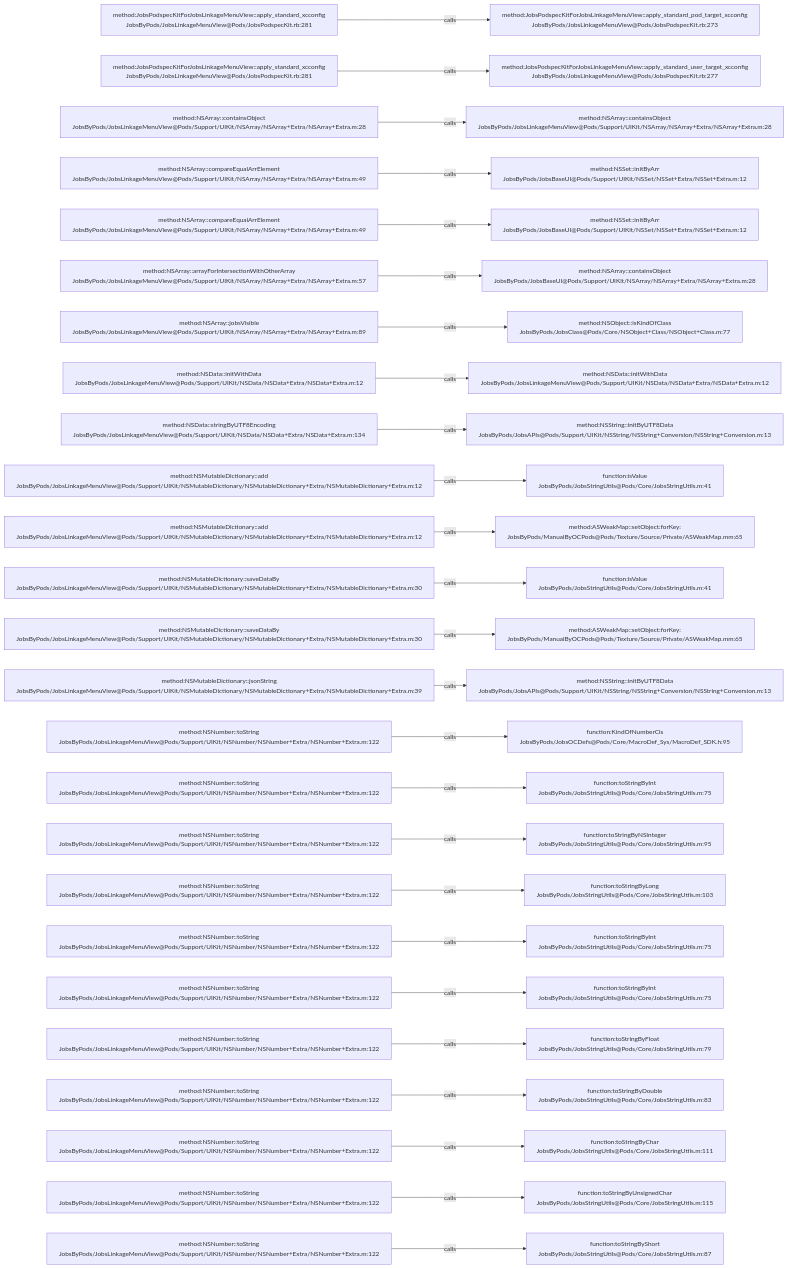
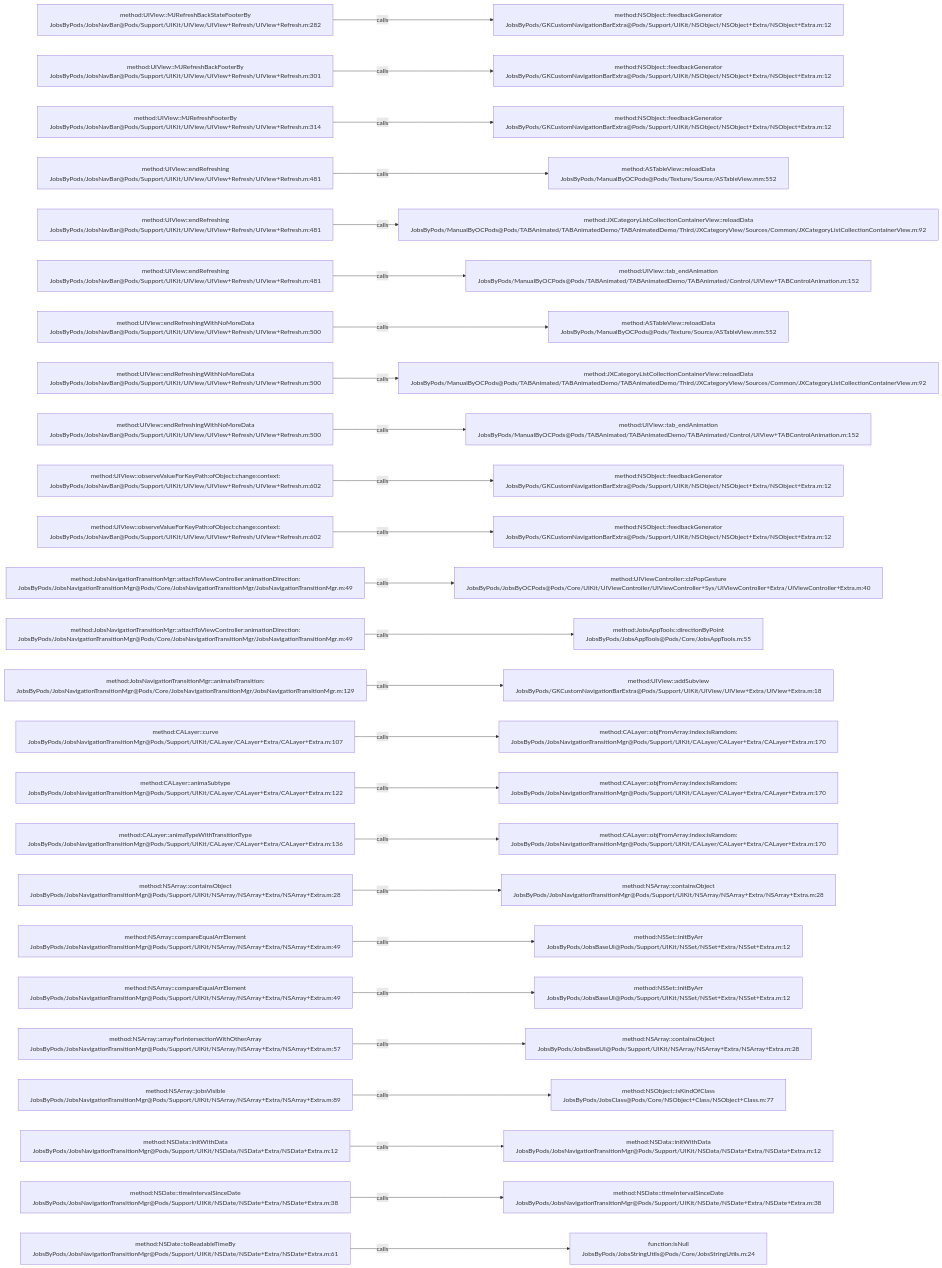
Before and after one commit to JobsKits/JobsOCBaseConfigDemo: the diagram in .codegraph/codegraph.md/graphs/calls-128.md, drawn with Mermaid. The commit also changed 1026 other files, not shown here.

````diff
--- a/.codegraph/codegraph.md/graphs/calls-128.md
+++ b/.codegraph/codegraph.md/graphs/calls-128.md
@@ -13,78 +13,78 @@
 ```mermaid
 flowchart LR
-  S1["method:JobsPodspecKitForJobsLinkageMenuView::apply_standard_xcconfig<br/>JobsByPods/JobsLinkageMenuView@Pods/JobsPodspecKit.rb:281"]
-  T1["method:JobsPodspecKitForJobsLinkageMenuView::apply_standard_pod_target_xcconfig<br/>JobsByPods/JobsLinkageMenuView@Pods/JobsPodspecKit.rb:273"]
+  S1["method:UIView::MJRefreshBackStateFooterBy<br/>JobsByPods/JobsNavBar@Pods/Support/UIKit/UIView/UIView+Refresh/UIView+Refresh.m:282"]
+  T1["method:NSObject::feedbackGenerator<br/>JobsByPods/GKCustomNavigationBarExtra@Pods/Support/UIKit/NSObject/NSObject+Extra/NSObject+Extra.m:12"]
   S1 -->|calls| T1
-  S2["method:JobsPodspecKitForJobsLinkageMenuView::apply_standard_xcconfig<br/>JobsByPods/JobsLinkageMenuView@Pods/JobsPodspecKit.rb:281"]
-  T2["method:JobsPodspecKitForJobsLinkageMenuView::apply_standard_user_target_xcconfig<br/>JobsByPods/JobsLinkageMenuView@Pods/JobsPodspecKit.rb:277"]
+  S2["method:UIView::MJRefreshBackFooterBy<br/>JobsByPods/JobsNavBar@Pods/Support/UIKit/UIView/UIView+Refresh/UIView+Refresh.m:301"]
+  T2["method:NSObject::feedbackGenerator<br/>JobsByPods/GKCustomNavigationBarExtra@Pods/Support/UIKit/NSObject/NSObject+Extra/NSObject+Extra.m:12"]
   S2 -->|calls| T2
-  S3["method:NSArray::containsObject<br/>JobsByPods/JobsLinkageMenuView@Pods/Support/UIKit/NSArray/NSArray+Extra/NSArray+Extra.m:28"]
-  T3["method:NSArray::containsObject<br/>JobsByPods/JobsLinkageMenuView@Pods/Support/UIKit/NSArray/NSArray+Extra/NSArray+Extra.m:28"]
+  S3["method:UIView::MJRefreshFooterBy<br/>JobsByPods/JobsNavBar@Pods/Support/UIKit/UIView/UIView+Refresh/UIView+Refresh.m:314"]
+  T3["method:NSObject::feedbackGenerator<br/>JobsByPods/GKCustomNavigationBarExtra@Pods/Support/UIKit/NSObject/NSObject+Extra/NSObject+Extra.m:12"]
   S3 -->|calls| T3
-  S4["method:NSArray::compareEqualArrElement<br/>JobsByPods/JobsLinkageMenuView@Pods/Support/UIKit/NSArray/NSArray+Extra/NSArray+Extra.m:49"]
-  T4["method:NSSet::initByArr<br/>JobsByPods/JobsBaseUI@Pods/Support/UIKit/NSSet/NSSet+Extra/NSSet+Extra.m:12"]
+  S4["method:UIView::endRefreshing<br/>JobsByPods/JobsNavBar@Pods/Support/UIKit/UIView/UIView+Refresh/UIView+Refresh.m:481"]
+  T4["method:ASTableView::reloadData<br/>JobsByPods/ManualByOCPods@Pods/Texture/Source/ASTableView.mm:552"]
   S4 -->|calls| T4
-  S5["method:NSArray::compareEqualArrElement<br/>JobsByPods/JobsLinkageMenuView@Pods/Support/UIKit/NSArray/NSArray+Extra/NSArray+Extra.m:49"]
-  T5["method:NSSet::initByArr<br/>JobsByPods/JobsBaseUI@Pods/Support/UIKit/NSSet/NSSet+Extra/NSSet+Extra.m:12"]
+  S5["method:UIView::endRefreshing<br/>JobsByPods/JobsNavBar@Pods/Support/UIKit/UIView/UIView+Refresh/UIView+Refresh.m:481"]
+  T5["method:JXCategoryListCollectionContainerView::reloadData<br/>JobsByPods/ManualByOCPods@Pods/TABAnimated/TABAnimatedDemo/TABAnimatedDemo/Third/JXCategoryView/Sources/Common/JXCategoryListCollectionContainerView.m:92"]
   S5 -->|calls| T5
-  S6["method:NSArray::arrayForIntersectionWithOtherArray<br/>JobsByPods/JobsLinkageMenuView@Pods/Support/UIKit/NSArray/NSArray+Extra/NSArray+Extra.m:57"]
-  T6["method:NSArray::containsObject<br/>JobsByPods/JobsBaseUI@Pods/Support/UIKit/NSArray/NSArray+Extra/NSArray+Extra.m:28"]
+  S6["method:UIView::endRefreshing<br/>JobsByPods/JobsNavBar@Pods/Support/UIKit/UIView/UIView+Refresh/UIView+Refresh.m:481"]
+  T6["method:UIView::tab_endAnimation<br/>JobsByPods/ManualByOCPods@Pods/TABAnimated/TABAnimatedDemo/TABAnimated/Control/UIView+TABControlAnimation.m:152"]
   S6 -->|calls| T6
-  S7["method:NSArray::jobsVisible<br/>JobsByPods/JobsLinkageMenuView@Pods/Support/UIKit/NSArray/NSArray+Extra/NSArray+Extra.m:89"]
-  T7["method:NSObject::isKindOfClass<br/>JobsByPods/JobsClass@Pods/Core/NSObject+Class/NSObject+Class.m:77"]
+  S7["method:UIView::endRefreshingWithNoMoreData<br/>JobsByPods/JobsNavBar@Pods/Support/UIKit/UIView/UIView+Refresh/UIView+Refresh.m:500"]
+  T7["method:ASTableView::reloadData<br/>JobsByPods/ManualByOCPods@Pods/Texture/Source/ASTableView.mm:552"]
   S7 -->|calls| T7
-  S8["method:NSData::initWithData<br/>JobsByPods/JobsLinkageMenuView@Pods/Support/UIKit/NSData/NSData+Extra/NSData+Extra.m:12"]
-  T8["method:NSData::initWithData<br/>JobsByPods/JobsLinkageMenuView@Pods/Support/UIKit/NSData/NSData+Extra/NSData+Extra.m:12"]
+  S8["method:UIView::endRefreshingWithNoMoreData<br/>JobsByPods/JobsNavBar@Pods/Support/UIKit/UIView/UIView+Refresh/UIView+Refresh.m:500"]
+  T8["method:JXCategoryListCollectionContainerView::reloadData<br/>JobsByPods/ManualByOCPods@Pods/TABAnimated/TABAnimatedDemo/TABAnimatedDemo/Third/JXCategoryView/Sources/Common/JXCategoryListCollectionContainerView.m:92"]
   S8 -->|calls| T8
-  S9["method:NSData::stringByUTF8Encoding<br/>JobsByPods/JobsLinkageMenuView@Pods/Support/UIKit/NSData/NSData+Extra/NSData+Extra.m:134"]
-  T9["method:NSString::initByUTF8Data<br/>JobsByPods/JobsAPIs@Pods/Support/UIKit/NSString/NSString+Conversion/NSString+Conversion.m:13"]
+  S9["method:UIView::endRefreshingWithNoMoreData<br/>JobsByPods/JobsNavBar@Pods/Support/UIKit/UIView/UIView+Refresh/UIView+Refresh.m:500"]
+  T9["method:UIView::tab_endAnimation<br/>JobsByPods/ManualByOCPods@Pods/TABAnimated/TABAnimatedDemo/TABAnimated/Control/UIView+TABControlAnimation.m:152"]
   S9 -->|calls| T9
-  S10["method:NSMutableDictionary::add<br/>JobsByPods/JobsLinkageMenuView@Pods/Support/UIKit/NSMutableDictionary/NSMutableDictionary+Extra/NSMutableDictionary+Extra.m:12"]
-  T10["function:isValue<br/>JobsByPods/JobsStringUtils@Pods/Core/JobsStringUtils.m:41"]
+  S10["method:UIView::observeValueForKeyPath:ofObject:change:context:<br/>JobsByPods/JobsNavBar@Pods/Support/UIKit/UIView/UIView+Refresh/UIView+Refresh.m:602"]
+  T10["method:NSObject::feedbackGenerator<br/>JobsByPods/GKCustomNavigationBarExtra@Pods/Support/UIKit/NSObject/NSObject+Extra/NSObject+Extra.m:12"]
   S10 -->|calls| T10
-  S11["method:NSMutableDictionary::add<br/>JobsByPods/JobsLinkageMenuView@Pods/Support/UIKit/NSMutableDictionary/NSMutableDictionary+Extra/NSMutableDictionary+Extra.m:12"]
-  T11["method:ASWeakMap::setObject:forKey:<br/>JobsByPods/ManualByOCPods@Pods/Texture/Source/Private/ASWeakMap.mm:65"]
+  S11["method:UIView::observeValueForKeyPath:ofObject:change:context:<br/>JobsByPods/JobsNavBar@Pods/Support/UIKit/UIView/UIView+Refresh/UIView+Refresh.m:602"]
+  T11["method:NSObject::feedbackGenerator<br/>JobsByPods/GKCustomNavigationBarExtra@Pods/Support/UIKit/NSObject/NSObject+Extra/NSObject+Extra.m:12"]
   S11 -->|calls| T11
-  S12["method:NSMutableDictionary::saveDataBy<br/>JobsByPods/JobsLinkageMenuView@Pods/Support/UIKit/NSMutableDictionary/NSMutableDictionary+Extra/NSMutableDictionary+Extra.m:30"]
-  T12["function:isValue<br/>JobsByPods/JobsStringUtils@Pods/Core/JobsStringUtils.m:41"]
+  S12["method:JobsNavigationTransitionMgr::attachToViewController:animationDirection:<br/>JobsByPods/JobsNavigationTransitionMgr@Pods/Core/JobsNavigationTransitionMgr/JobsNavigationTransitionMgr.m:49"]
+  T12["method:UIViewController::clzPopGesture<br/>JobsByPods/JobsByOCPods@Pods/Core/UIKit/UIViewController/UIViewController+Sys/UIViewController+Extra/UIViewController+Extra.m:40"]
   S12 -->|calls| T12
-  S13["method:NSMutableDictionary::saveDataBy<br/>JobsByPods/JobsLinkageMenuView@Pods/Support/UIKit/NSMutableDictionary/NSMutableDictionary+Extra/NSMutableDictionary+Extra.m:30"]
-  T13["method:ASWeakMap::setObject:forKey:<br/>JobsByPods/ManualByOCPods@Pods/Texture/Source/Private/ASWeakMap.mm:65"]
+  S13["method:JobsNavigationTransitionMgr::attachToViewController:animationDirection:<br/>JobsByPods/JobsNavigationTransitionMgr@Pods/Core/JobsNavigationTransitionMgr/JobsNavigationTransitionMgr.m:49"]
+  T13["method:JobsAppTools::directionByPoint<br/>JobsByPods/JobsAppTools@Pods/Core/JobsAppTools.m:55"]
   S13 -->|calls| T13
-  S14["method:NSMutableDictionary::jsonString<br/>JobsByPods/JobsLinkageMenuView@Pods/Support/UIKit/NSMutableDictionary/NSMutableDictionary+Extra/NSMutableDictionary+Extra.m:39"]
-  T14["method:NSString::initByUTF8Data<br/>JobsByPods/JobsAPIs@Pods/Support/UIKit/NSString/NSString+Conversion/NSString+Conversion.m:13"]
+  S14["method:JobsNavigationTransitionMgr::animateTransition:<br/>JobsByPods/JobsNavigationTransitionMgr@Pods/Core/JobsNavigationTransitionMgr/JobsNavigationTransitionMgr.m:129"]
+  T14["method:UIView::addSubview<br/>JobsByPods/GKCustomNavigationBarExtra@Pods/Support/UIKit/UIView/UIView+Extra/UIView+Extra.m:18"]
   S14 -->|calls| T14
-  S15["method:NSNumber::toString<br/>JobsByPods/JobsLinkageMenuView@Pods/Support/UIKit/NSNumber/NSNumber+Extra/NSNumber+Extra.m:122"]
-  T15["function:KindOfNumberCls<br/>JobsByPods/JobsOCDefs@Pods/Core/MacroDef_Sys/MacroDef_SDK.h:95"]
+  S15["method:CALayer::curve<br/>JobsByPods/JobsNavigationTransitionMgr@Pods/Support/UIKit/CALayer/CALayer+Extra/CALayer+Extra.m:107"]
+  T15["method:CALayer::objFromArray:index:isRamdom:<br/>JobsByPods/JobsNavigationTransitionMgr@Pods/Support/UIKit/CALayer/CALayer+Extra/CALayer+Extra.m:170"]
   S15 -->|calls| T15
-  S16["method:NSNumber::toString<br/>JobsByPods/JobsLinkageMenuView@Pods/Support/UIKit/NSNumber/NSNumber+Extra/NSNumber+Extra.m:122"]
-  T16["function:toStringByInt<br/>JobsByPods/JobsStringUtils@Pods/Core/JobsStringUtils.m:75"]
+  S16["method:CALayer::animaSubtype<br/>JobsByPods/JobsNavigationTransitionMgr@Pods/Support/UIKit/CALayer/CALayer+Extra/CALayer+Extra.m:122"]
+  T16["method:CALayer::objFromArray:index:isRamdom:<br/>JobsByPods/JobsNavigationTransitionMgr@Pods/Support/UIKit/CALayer/CALayer+Extra/CALayer+Extra.m:170"]
   S16 -->|calls| T16
-  S17["method:NSNumber::toString<br/>JobsByPods/JobsLinkageMenuView@Pods/Support/UIKit/NSNumber/NSNumber+Extra/NSNumber+Extra.m:122"]
-  T17["function:toStringByNSInteger<br/>JobsByPods/JobsStringUtils@Pods/Core/JobsStringUtils.m:95"]
+  S17["method:CALayer::animaTypeWithTransitionType<br/>JobsByPods/JobsNavigationTransitionMgr@Pods/Support/UIKit/CALayer/CALayer+Extra/CALayer+Extra.m:136"]
+  T17["method:CALayer::objFromArray:index:isRamdom:<br/>JobsByPods/JobsNavigationTransitionMgr@Pods/Support/UIKit/CALayer/CALayer+Extra/CALayer+Extra.m:170"]
   S17 -->|calls| T17
-  S18["method:NSNumber::toString<br/>JobsByPods/JobsLinkageMenuView@Pods/Support/UIKit/NSNumber/NSNumber+Extra/NSNumber+Extra.m:122"]
-  T18["function:toStringByLong<br/>JobsByPods/JobsStringUtils@Pods/Core/JobsStringUtils.m:103"]
+  S18["method:NSArray::containsObject<br/>JobsByPods/JobsNavigationTransitionMgr@Pods/Support/UIKit/NSArray/NSArray+Extra/NSArray+Extra.m:28"]
+  T18["method:NSArray::containsObject<br/>JobsByPods/JobsNavigationTransitionMgr@Pods/Support/UIKit/NSArray/NSArray+Extra/NSArray+Extra.m:28"]
   S18 -->|calls| T18
-  S19["method:NSNumber::toString<br/>JobsByPods/JobsLinkageMenuView@Pods/Support/UIKit/NSNumber/NSNumber+Extra/NSNumber+Extra.m:122"]
-  T19["function:toStringByInt<br/>JobsByPods/JobsStringUtils@Pods/Core/JobsStringUtils.m:75"]
+  S19["method:NSArray::compareEqualArrElement<br/>JobsByPods/JobsNavigationTransitionMgr@Pods/Support/UIKit/NSArray/NSArray+Extra/NSArray+Extra.m:49"]
+  T19["method:NSSet::initByArr<br/>JobsByPods/JobsBaseUI@Pods/Support/UIKit/NSSet/NSSet+Extra/NSSet+Extra.m:12"]
   S19 -->|calls| T19
-  S20["method:NSNumber::toString<br/>JobsByPods/JobsLinkageMenuView@Pods/Support/UIKit/NSNumber/NSNumber+Extra/NSNumber+Extra.m:122"]
-  T20["function:toStringByInt<br/>JobsByPods/JobsStringUtils@Pods/Core/JobsStringUtils.m:75"]
+  S20["method:NSArray::compareEqualArrElement<br/>JobsByPods/JobsNavigationTransitionMgr@Pods/Support/UIKit/NSArray/NSArray+Extra/NSArray+Extra.m:49"]
+  T20["method:NSSet::initByArr<br/>JobsByPods/JobsBaseUI@Pods/Support/UIKit/NSSet/NSSet+Extra/NSSet+Extra.m:12"]
   S20 -->|calls| T20
-  S21["method:NSNumber::toString<br/>JobsByPods/JobsLinkageMenuView@Pods/Support/UIKit/NSNumber/NSNumber+Extra/NSNumber+Extra.m:122"]
-  T21["function:toStringByFloat<br/>JobsByPods/JobsStringUtils@Pods/Core/JobsStringUtils.m:79"]
+  S21["method:NSArray::arrayForIntersectionWithOtherArray<br/>JobsByPods/JobsNavigationTransitionMgr@Pods/Support/UIKit/NSArray/NSArray+Extra/NSArray+Extra.m:57"]
+  T21["method:NSArray::containsObject<br/>JobsByPods/JobsBaseUI@Pods/Support/UIKit/NSArray/NSArray+Extra/NSArray+Extra.m:28"]
   S21 -->|calls| T21
-  S22["method:NSNumber::toString<br/>JobsByPods/JobsLinkageMenuView@Pods/Support/UIKit/NSNumber/NSNumber+Extra/NSNumber+Extra.m:122"]
-  T22["function:toStringByDouble<br/>JobsByPods/JobsStringUtils@Pods/Core/JobsStringUtils.m:83"]
+  S22["method:NSArray::jobsVisible<br/>JobsByPods/JobsNavigationTransitionMgr@Pods/Support/UIKit/NSArray/NSArray+Extra/NSArray+Extra.m:89"]
+  T22["method:NSObject::isKindOfClass<br/>JobsByPods/JobsClass@Pods/Core/NSObject+Class/NSObject+Class.m:77"]
   S22 -->|calls| T22
-  S23["method:NSNumber::toString<br/>JobsByPods/JobsLinkageMenuView@Pods/Support/UIKit/NSNumber/NSNumber+Extra/NSNumber+Extra.m:122"]
-  T23["function:toStringByChar<br/>JobsByPods/JobsStringUtils@Pods/Core/JobsStringUtils.m:111"]
+  S23["method:NSData::initWithData<br/>JobsByPods/JobsNavigationTransitionMgr@Pods/Support/UIKit/NSData/NSData+Extra/NSData+Extra.m:12"]
+  T23["method:NSData::initWithData<br/>JobsByPods/JobsNavigationTransitionMgr@Pods/Support/UIKit/NSData/NSData+Extra/NSData+Extra.m:12"]
   S23 -->|calls| T23
-  S24["method:NSNumber::toString<br/>JobsByPods/JobsLinkageMenuView@Pods/Support/UIKit/NSNumber/NSNumber+Extra/NSNumber+Extra.m:122"]
-  T24["function:toStringByUnsignedChar<br/>JobsByPods/JobsStringUtils@Pods/Core/JobsStringUtils.m:115"]
+  S24["method:NSDate::timeIntervalSinceDate<br/>JobsByPods/JobsNavigationTransitionMgr@Pods/Support/UIKit/NSDate/NSDate+Extra/NSDate+Extra.m:38"]
+  T24["method:NSDate::timeIntervalSinceDate<br/>JobsByPods/JobsNavigationTransitionMgr@Pods/Support/UIKit/NSDate/NSDate+Extra/NSDate+Extra.m:38"]
   S24 -->|calls| T24
-  S25["method:NSNumber::toString<br/>JobsByPods/JobsLinkageMenuView@Pods/Support/UIKit/NSNumber/NSNumber+Extra/NSNumber+Extra.m:122"]
-  T25["function:toStringByShort<br/>JobsByPods/JobsStringUtils@Pods/Core/JobsStringUtils.m:87"]
+  S25["method:NSDate::toReadableTimeBy<br/>JobsByPods/JobsNavigationTransitionMgr@Pods/Support/UIKit/NSDate/NSDate+Extra/NSDate+Extra.m:61"]
+  T25["function:isNull<br/>JobsByPods/JobsStringUtils@Pods/Core/JobsStringUtils.m:24"]
   S25 -->|calls| T25
 ```
````
